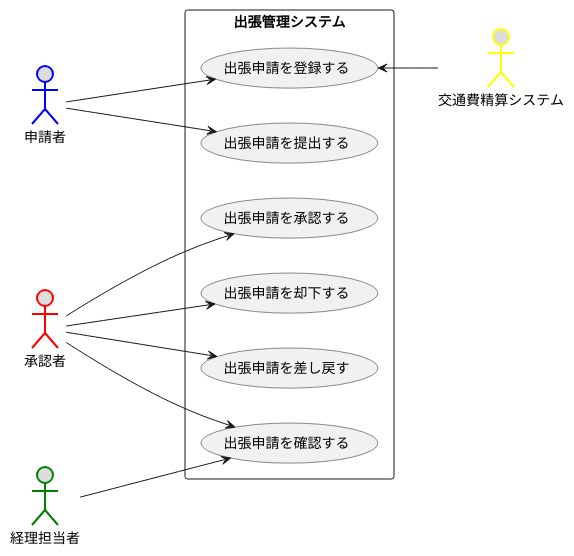
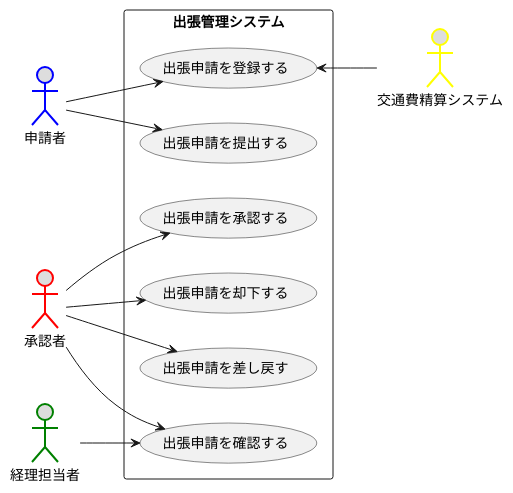
One commit to kou-hei/uml-introduction changed the diagram in 演習2-1_UM_出張管理システム.pu. Above: the diagram before and after it, drawn with PlantUML.

Commit message:
演習2-1の変更

```diff
--- a/演習2-1_UM_出張管理システム.pu
+++ b/演習2-1_UM_出張管理システム.pu
@@ -1,24 +1,24 @@
 @startuml 演習2-1
 left to right direction
 actor 申請者#DDDDDD;line:Blue;line.bold;
 actor 承認者#DDDDDD;line:Red;line.bold;
 actor 交通費精算システム#DDDDDD;line:Yellow;line.bold;
 actor 経理担当者#DDDDDD;line:Green;line.bold;
 
 rectangle 出張管理システム {
 usecase 出張申請を登録する 
 usecase 出張申請を提出する 
 usecase 出張申請を承認する 
 usecase 出張申請を却下する
 usecase 出張申請を差し戻す
 usecase 出張申請を確認する
 }
 申請者--> 出張申請を登録する 
-申請者---> 出張申請を提出する 
-承認者---> 出張申請を承認する 
+申請者--> 出張申請を提出する 
+承認者--> 出張申請を承認する 
 承認者--> 出張申請を却下する
 承認者--> 出張申請を差し戻す
 承認者--> 出張申請を確認する
-経理担当者---> 出張申請を確認する
+経理担当者--> 出張申請を確認する
 出張申請を登録する <-- 交通費精算システム
 @enduml
```
